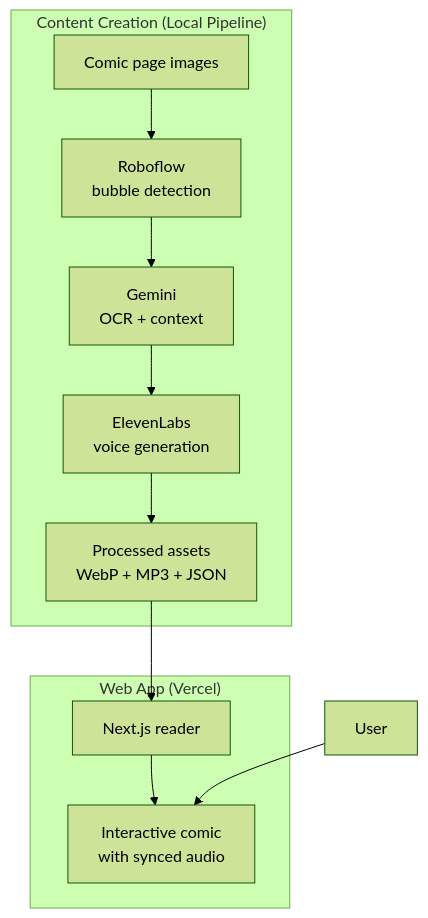
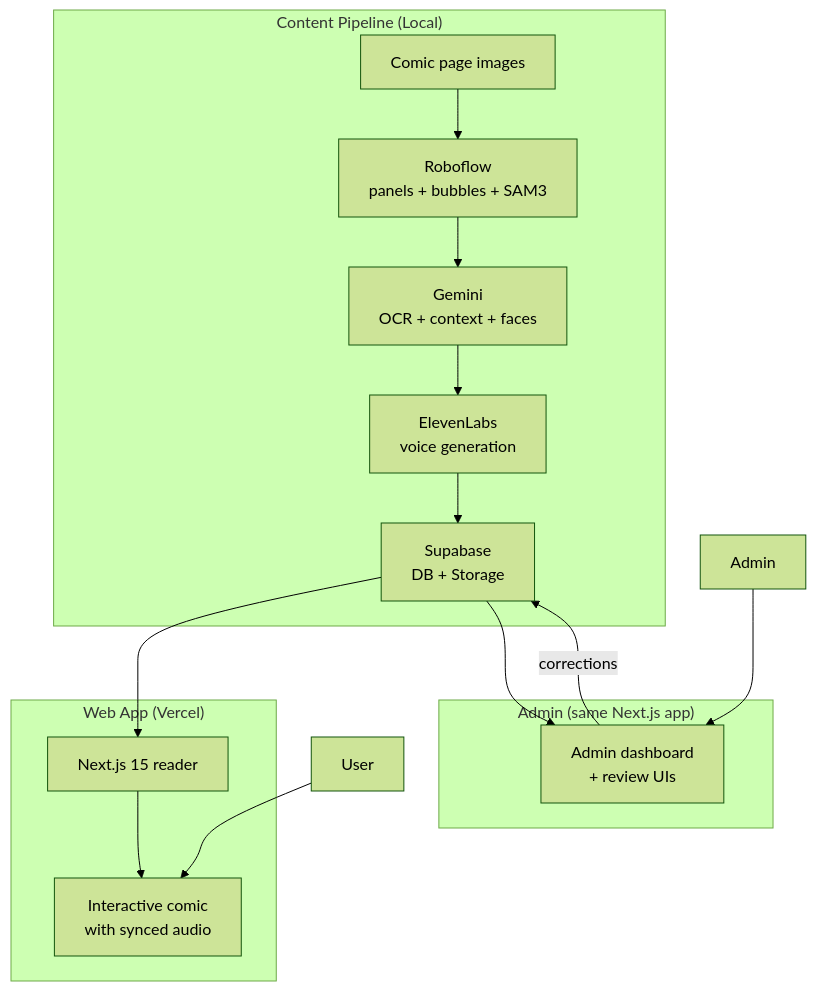
The second of 2 diagrams in docs/product/overview.md (dougiefresh49/comic-reader), drawn with Mermaid (forest theme) before and after one commit. The commit also changed other lines of this file and 1 other file, not shown here.

First line of the commit message:
docs: update pipeline and product overview for current state (#32)

````diff
--- a/docs/product/overview.md
+++ b/docs/product/overview.md
@@ -57,16 +88,22 @@
 ```mermaid
 graph TD
-    subgraph "Content Creation (Local Pipeline)"
-        A[Comic page images] --> B[Roboflow\nbubble detection]
-        B --> C[Gemini\nOCR + context]
+    subgraph "Content Pipeline (Local)"
+        A[Comic page images] --> B[Roboflow\npanels + bubbles + SAM3]
+        B --> C[Gemini\nOCR + context + faces]
         C --> D[ElevenLabs\nvoice generation]
-        D --> E[Processed assets\nWebP + MP3 + JSON]
+        D --> E[Supabase\nDB + Storage]
     end
 
     subgraph "Web App (Vercel)"
-        E --> F[Next.js reader]
+        E --> F[Next.js 15 reader]
         F --> G[Interactive comic\nwith synced audio]
     end
 
-    H[User] --> G
+    subgraph "Admin (same Next.js app)"
+        E --> H[Admin dashboard\n+ review UIs]
+        H -->|corrections| E
+    end
+
+    I[User] --> G
+    J[Admin] --> H
 ```
````
